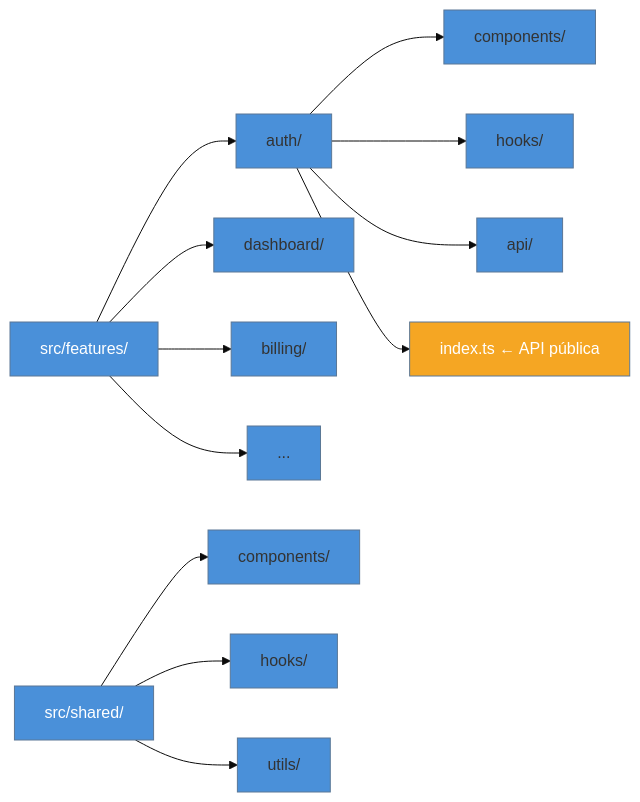
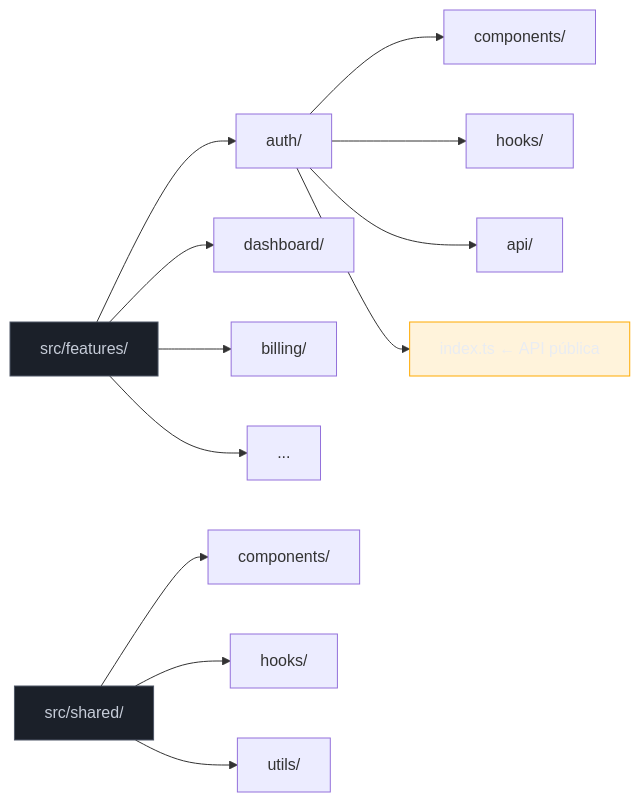
Before and after one commit to josenaldo/codex-technomanticus: the second of 3 diagrams in 03-Dominios/Tecnologia/React/React core/24 - Arquitetura de componentes.md, drawn with Mermaid. The commit also changed other lines of this file and 1181 other files, not shown here.

First line of the commit message:
fix(diagramas): paleta do sistema no lugar de cor cravada no markdown

````diff
--- a/03-Dominios/Tecnologia/React/React core/24 - Arquitetura de componentes.md
+++ b/03-Dominios/Tecnologia/React/React core/24 - Arquitetura de componentes.md
@@ -329,19 +331,20 @@
 ```mermaid
-%%{init: {"theme": "base", "themeVariables": {"primaryColor": "#4A90D9"}}}%%
 graph LR
+    classDef neutro fill:#1B2029,stroke:#4E5666,color:#C6CCD8
+    classDef destaque fill:#FFAA0024,stroke:#FFAA00,color:#E9ECF2
     A["src/features/"] --> B["auth/"]
     A --> C["dashboard/"]
     A --> D["billing/"]
     A --> E["..."]
     B --> B1["components/"]
     B --> B2["hooks/"]
     B --> B3["api/"]
     B --> B4["index.ts ← API pública"]
     F["src/shared/"] --> F1["components/"]
     F --> F2["hooks/"]
     F --> F3["utils/"]
 
-    style A fill:#4A90D9,color:#fff
-    style F fill:#4A90D9,color:#fff
-    style B4 fill:#F5A623,color:#fff
+    class A neutro
+    class F neutro
+    class B4 destaque
 ```
````
